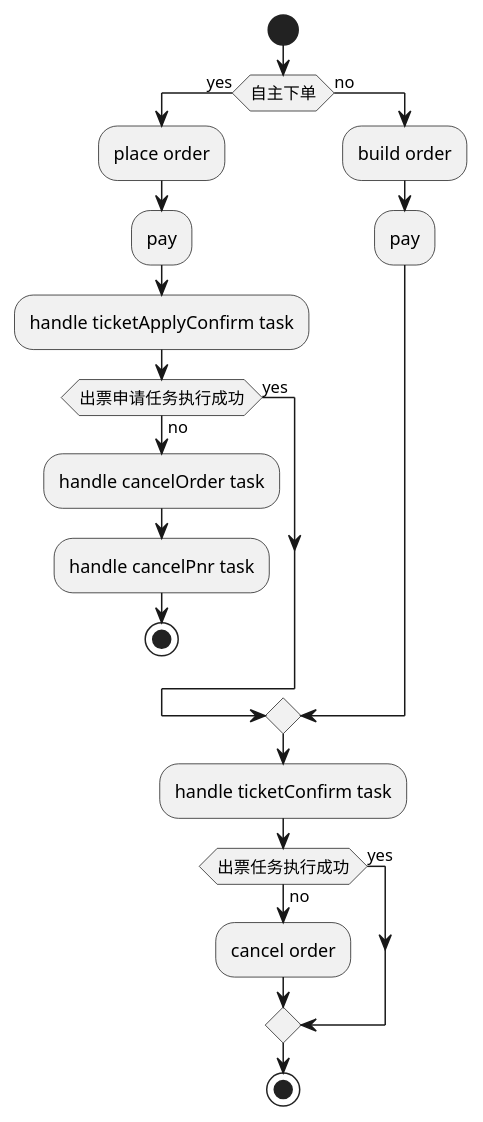
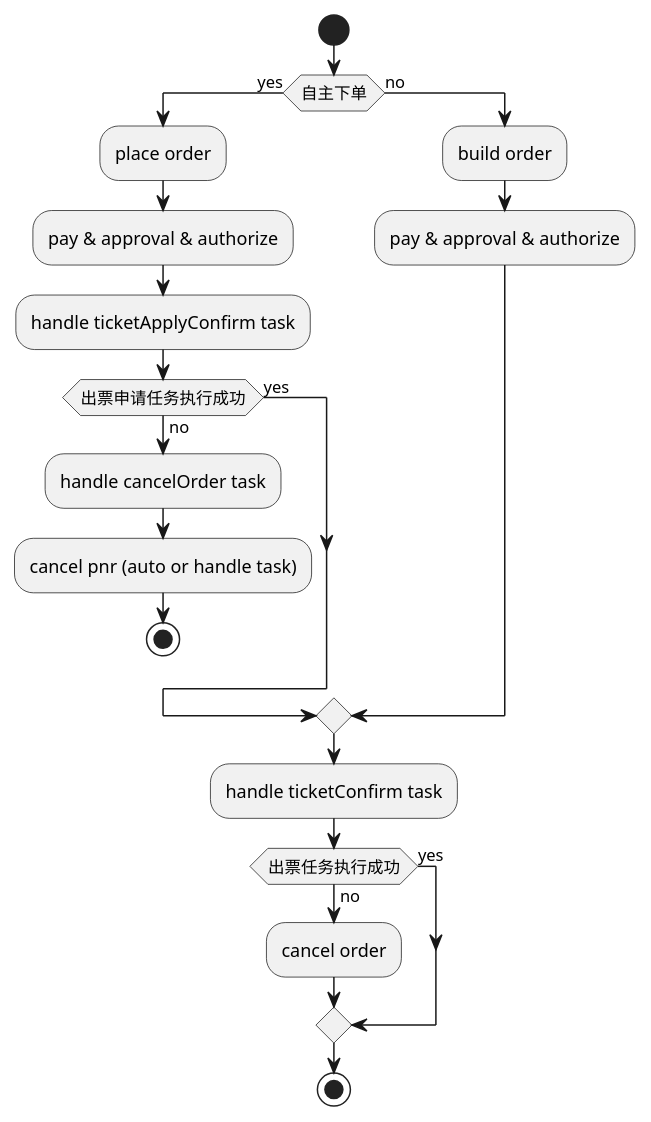
Before and after one commit to viper140/painting: the diagram in plantuml/flow/international-flight-create-order.puml, drawn with PlantUML.

```diff
--- a/plantuml/flow/international-flight-create-order.puml
+++ b/plantuml/flow/international-flight-create-order.puml
@@ -1,32 +1,30 @@
 @startuml
-
 start
 
 if (自主下单) then (yes)
   :place order;
-  :pay;
+  :pay & approval & authorize;
   :handle ticketApplyConfirm task;
    
   if (出票申请任务执行成功) then (yes)
   else (no) 
     :handle cancelOrder task;
-    :handle cancelPnr task;
+    :cancel pnr (auto or handle task);
     stop
   endif
 
 else (no)
   :build order;
-  :pay;
+  :pay & approval & authorize;
 
 endif
 
 :handle ticketConfirm task;
   
 if (出票任务执行成功) then (yes)
 else (no) 
   :cancel order; 
 endif
 
 stop
-
 @enduml
```
